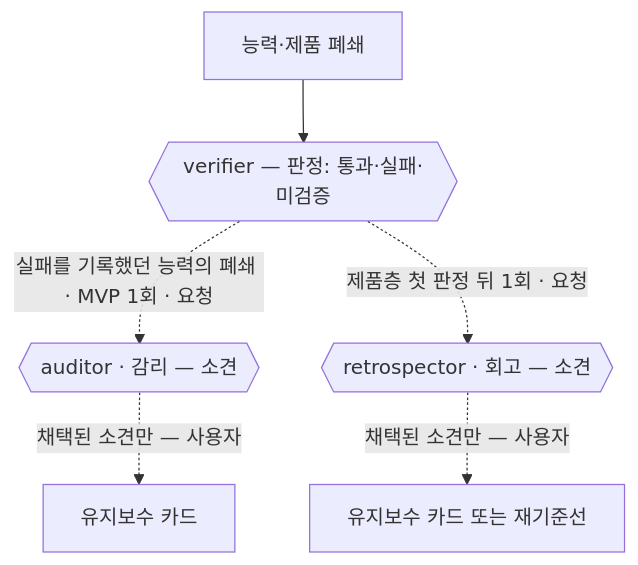
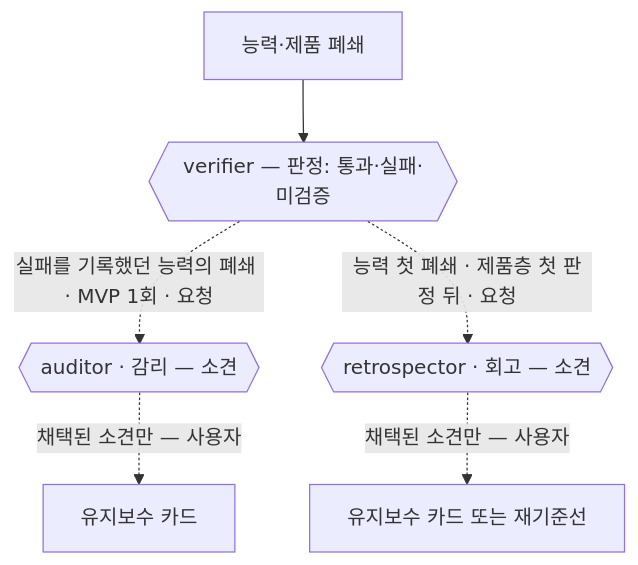
Before and after one commit to nanomia-ai/devflow: the fourth of 5 diagrams in README_ko.md, drawn with Mermaid. The commit also changed other lines of this file and 7 other files, not shown here.

````diff
--- a/README_ko.md
+++ b/README_ko.md
@@ -192,8 +193,8 @@
 ```mermaid
 flowchart TB
     CL["능력·제품 폐쇄"] --> VF{{"verifier — 판정: 통과·실패·미검증"}}
     VF -.->|"실패를 기록했던 능력의 폐쇄 · MVP 1회 · 요청"| AU{{"auditor · 감리 — 소견"}}
-    VF -.->|"제품층 첫 판정 뒤 1회 · 요청"| RT{{"retrospector · 회고 — 소견"}}
+    VF -.->|"능력 첫 폐쇄 · 제품층 첫 판정 뒤 · 요청"| RT{{"retrospector · 회고 — 소견"}}
     AU -.->|"채택된 소견만 — 사용자"| MC["유지보수 카드"]
     RT -.->|"채택된 소견만 — 사용자"| RB["유지보수 카드 또는 재기준선"]
 ```
````
